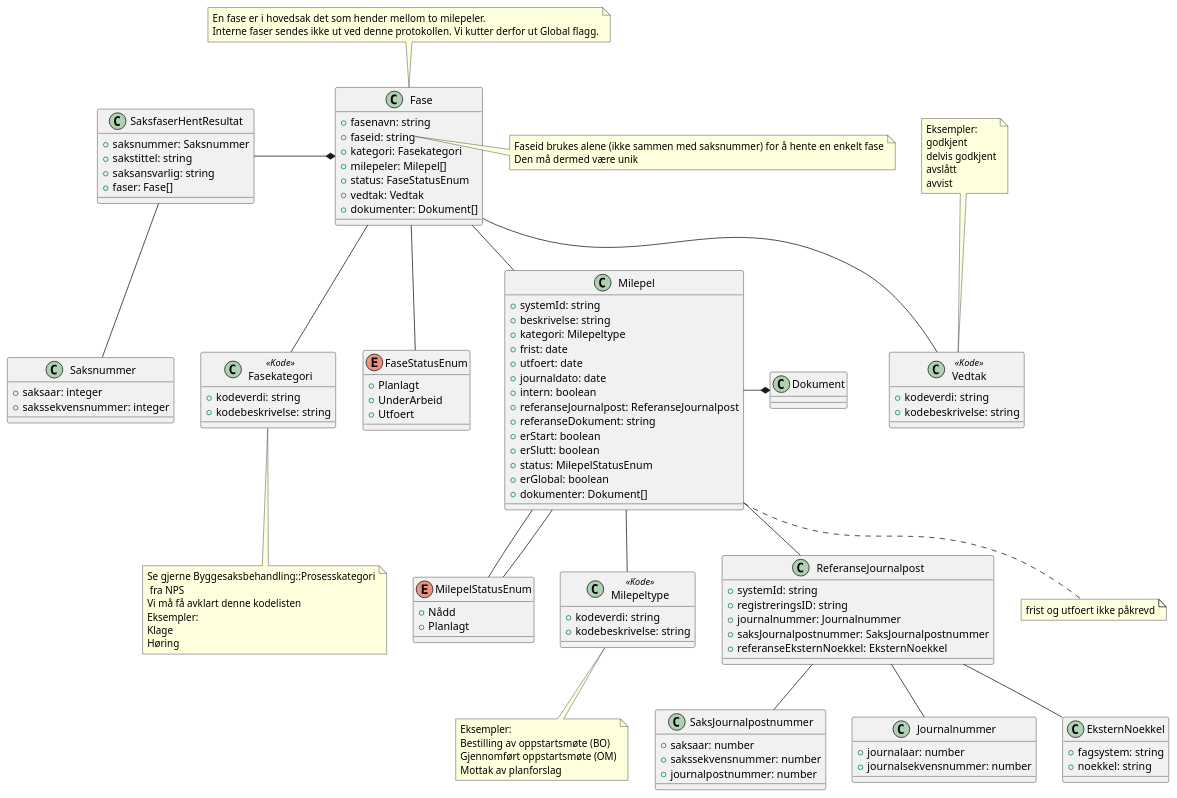
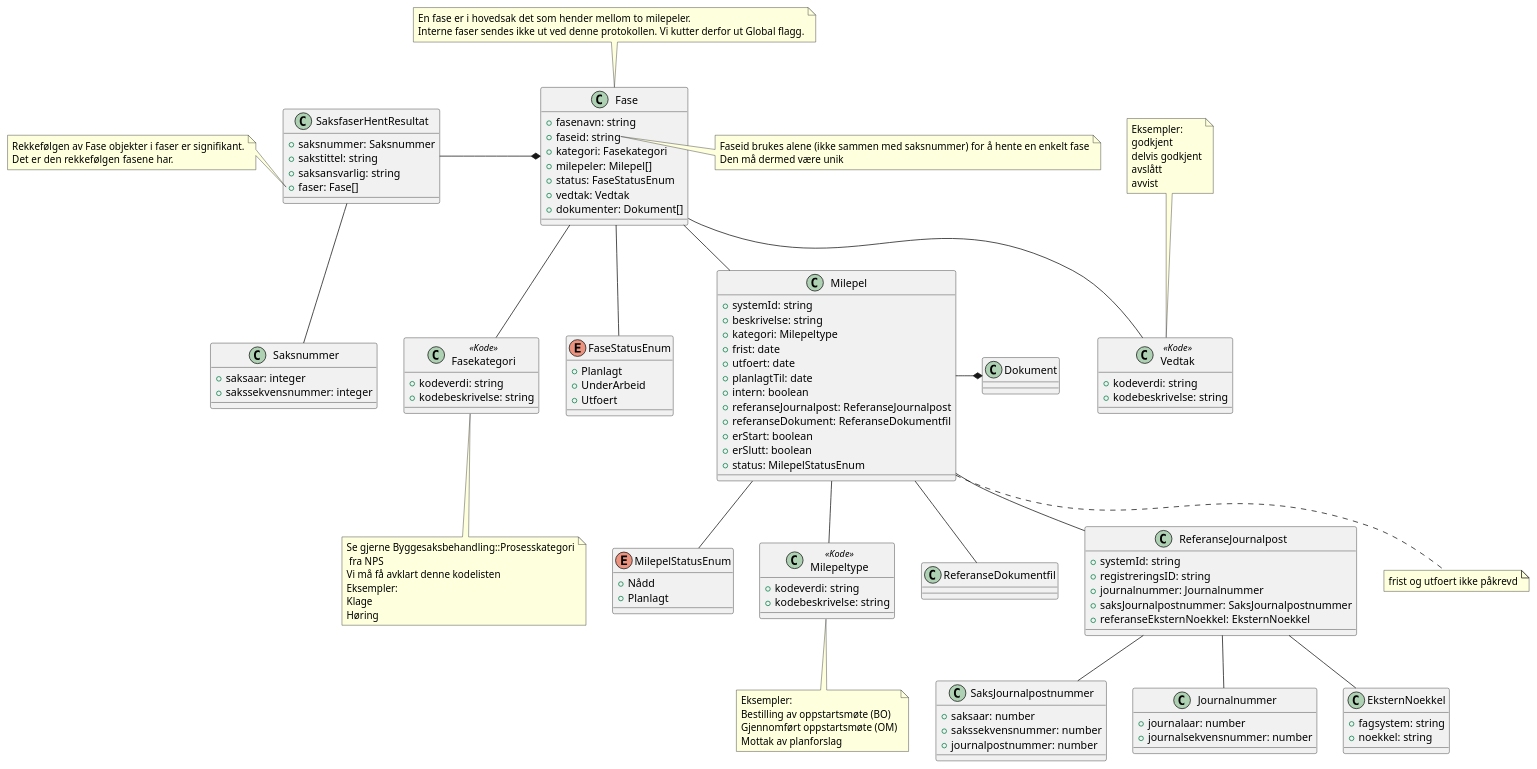
The diagram in Dokumentasjon/V1/ClassDiagrams/no.ks.fiks.saksfaser.v1.saksfaser.hent.resultat/classdiagram.pu (ks-no/fiks-saksfaser-specification), drawn with PlantUML before and after one commit. The commit also changed 6 other files, not shown here.

```diff
--- a/Dokumentasjon/V1/ClassDiagrams/no.ks.fiks.saksfaser.v1.saksfaser.hent.resultat/classdiagram.pu
+++ b/Dokumentasjon/V1/ClassDiagrams/no.ks.fiks.saksfaser.v1.saksfaser.hent.resultat/classdiagram.pu
@@ -1,128 +1,131 @@
 @startuml
 class SaksfaserHentResultat {
     +saksnummer: Saksnummer
     +sakstittel: string
     +saksansvarlig: string
     +faser: Fase[]
 }
+
+note left of SaksfaserHentResultat::faser
+    Rekkefølgen av Fase objekter i faser er signifikant.
+    Det er den rekkefølgen fasene har.
+end note
 
 SaksfaserHentResultat -* Fase
 SaksfaserHentResultat -- Saksnummer
 
 note top of Fase : En fase er i hovedsak det som hender mellom to milepeler.\nInterne faser sendes ikke ut ved denne protokollen. Vi kutter derfor ut Global flagg. 
 
 class Fase {
     +fasenavn: string
     +faseid: string
     +kategori: Fasekategori
     +milepeler: Milepel[]
     +status: FaseStatusEnum
     +vedtak: Vedtak
     +dokumenter: Dokument[]
 }
 
 note right of Fase::faseid
     Faseid brukes alene (ikke sammen med saksnummer) for å hente en enkelt fase
     Den må dermed være unik 
 end note
 
 class Fasekategori <<Kode>> {
     +kodeverdi: string
     +kodebeskrivelse: string
 }
 
 note bottom of Fasekategori : Se gjerne Byggesaksbehandling::Prosesskategori\n fra NPS\nVi må få avklart denne kodelisten\nEksempler:\nKlage\nHøring 
 
 
 Fase -- Fasekategori
 Fase -- Vedtak
 
 note top of Vedtak : Eksempler:\ngodkjent\ndelvis godkjent\navslått\navvist 
 
 class Vedtak <<Kode>> {
     +kodeverdi: string
     +kodebeskrivelse: string
 }
 
 Fase -- FaseStatusEnum
 
 enum FaseStatusEnum {
     +Planlagt
     +UnderArbeid
     +Utfoert
 }
 
 Fase -- Milepel
 
 note bottom of Milepel: frist og utfoert ikke påkrevd
 
 class Milepel {
     +systemId: string
     +beskrivelse: string
     +kategori: Milepeltype
     +frist: date
     +utfoert: date
-    +journaldato: date
+    +planlagtTil: date
     +intern: boolean
     +referanseJournalpost: ReferanseJournalpost
-    +referanseDokument: string
+    +referanseDokument: ReferanseDokumentfil
     +erStart: boolean
     +erSlutt: boolean
     +status: MilepelStatusEnum
-    +erGlobal: boolean
-    +dokumenter: Dokument[]
 }
 
 Milepel -- MilepelStatusEnum
 Milepel -- Milepeltype
+Milepel -- ReferanseDokumentfil
 
 note bottom of Milepeltype : Eksempler: \nBestilling av oppstartsmøte (BO)\nGjennomført oppstartsmøte (OM)\nMottak av planforslag
  
 Milepel -- ReferanseJournalpost
  
 class ReferanseJournalpost {
     +systemId: string
     +registreringsID: string
     +journalnummer: Journalnummer
     +saksJournalpostnummer: SaksJournalpostnummer
     +referanseEksternNoekkel: EksternNoekkel
 }
 
-Milepel -- MilepelStatusEnum
 Milepel -* Dokument
 ReferanseJournalpost -- EksternNoekkel
 ReferanseJournalpost -- SaksJournalpostnummer
 ReferanseJournalpost -- Journalnummer
 
 class SaksJournalpostnummer {
     +saksaar: number
     +sakssekvensnummer: number
     +journalpostnummer: number
 }
 
 class Journalnummer {
     +journalaar: number
     +journalsekvensnummer: number
 }
 
 class EksternNoekkel {
     +fagsystem: string
     +noekkel: string
 }
 
 class Milepeltype <<Kode>> {
     +kodeverdi: string
     +kodebeskrivelse: string
 }
 
 enum MilepelStatusEnum {
     +Nådd
     +Planlagt
 }
 
 class Saksnummer {
     +saksaar: integer
     +sakssekvensnummer: integer 
 }
 
 @enduml
```
